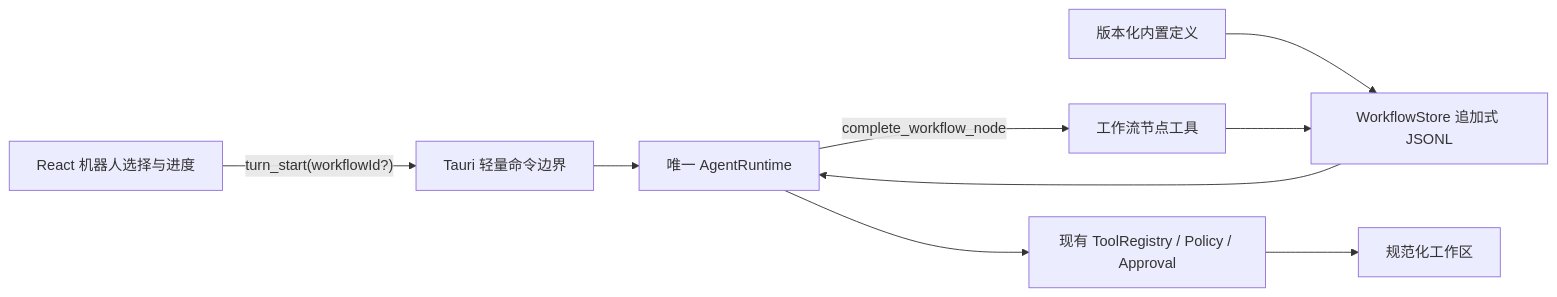
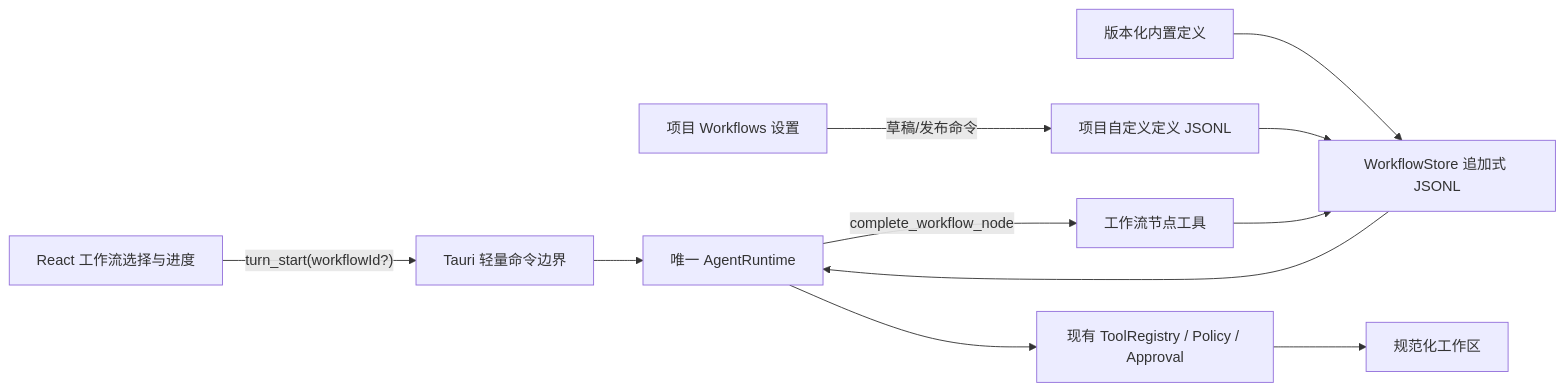
Before and after one commit to Nick52033/k-coder: the first of 2 diagrams in docs/sys/机器人工作流设计.md, drawn with Mermaid. The commit also changed other lines of this file and 39 other files, not shown here.

````diff
--- a/docs/sys/机器人工作流设计.md
+++ b/docs/sys/机器人工作流设计.md
@@ -38,11 +44,13 @@
 ```mermaid
 flowchart LR
-    UI["React 机器人选择与进度"] -->|"turn_start(workflowId?)"| Command["Tauri 轻量命令边界"]
+    UI["React 工作流选择与进度"] -->|"turn_start(workflowId?)"| Command["Tauri 轻量命令边界"]
     Command --> Runtime["唯一 AgentRuntime"]
     Store["WorkflowStore 追加式 JSONL"] --> Runtime
     Definitions["版本化内置定义"] --> Store
+    ProjectDefinitions["项目自定义定义 JSONL"] --> Store
+    Settings["项目 Workflows 设置"] -->|"草稿/发布命令"| ProjectDefinitions
     Runtime -->|"complete_workflow_node"| Tool["工作流节点工具"]
     Tool --> Store
     Runtime --> Tools["现有 ToolRegistry / Policy / Approval"]
     Tools --> Workspace["规范化工作区"]
 ```
````
